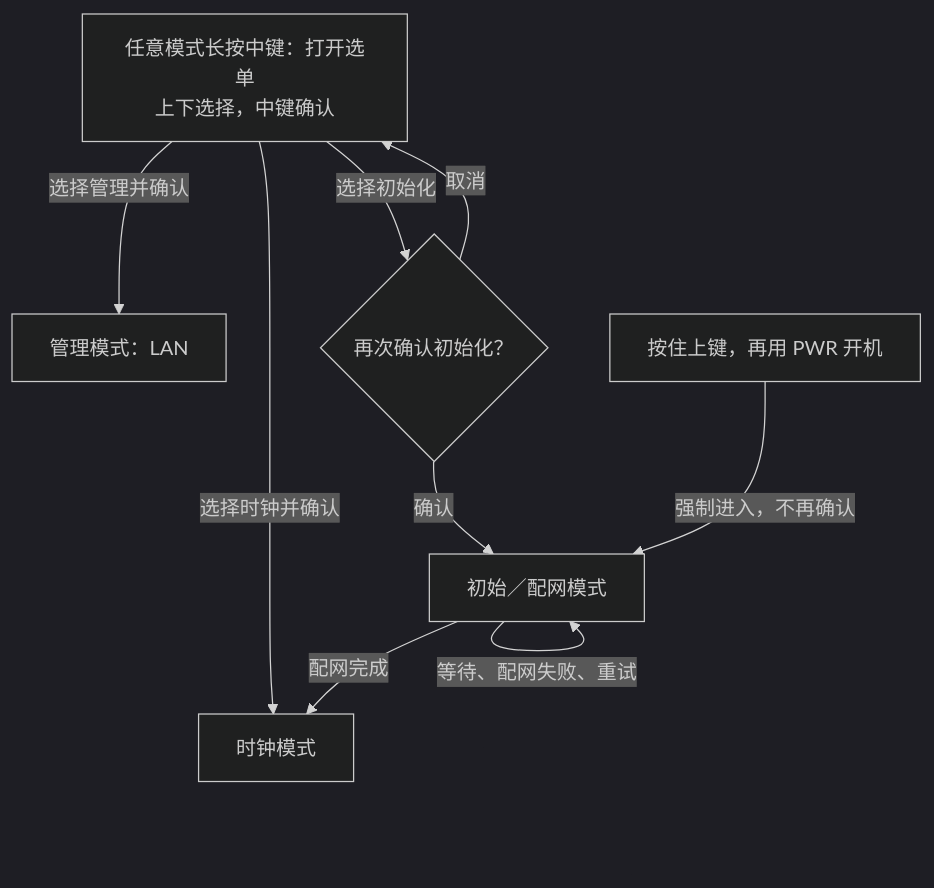
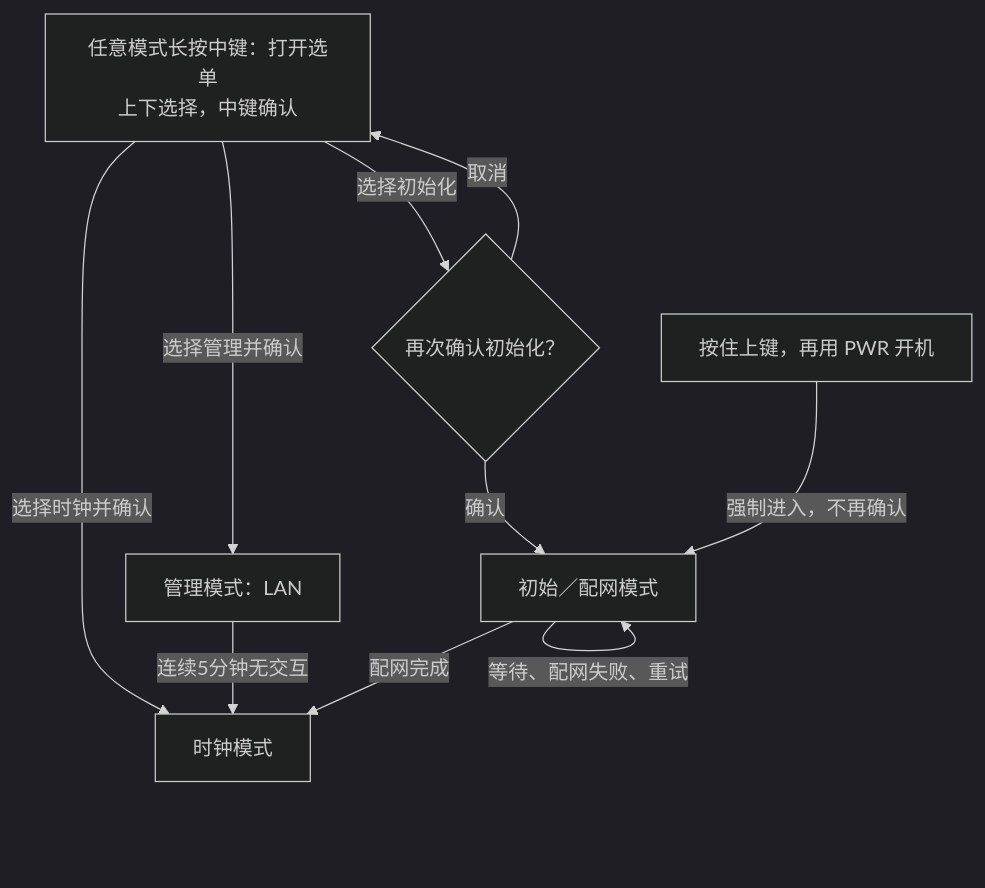
One commit to billxc/epaper-clock changed the diagram in docs/interaction.md. Above: the diagram before and after it, drawn with Mermaid (dark theme). The commit also changed other lines of this file, not shown here.

````diff
--- a/docs/interaction.md
+++ b/docs/interaction.md
@@ -30,12 +30,13 @@
 ```mermaid
 flowchart TD
     M["任意模式长按中键：打开选单<br/>上下选择，中键确认"]
     M -->|选择时钟并确认| C[时钟模式]
     M -->|选择管理并确认| A[管理模式：LAN]
+    A -->|连续5分钟无交互| C
     M -->|选择初始化| Q{再次确认初始化？}
     Q -->|取消| M
     Q -->|确认| I[初始／配网模式]
     B[按住上键，再用 PWR 开机] -->|强制进入，不再确认| I
     I -->|等待、配网失败、重试| I
     I -->|配网完成| C
 ```
````
